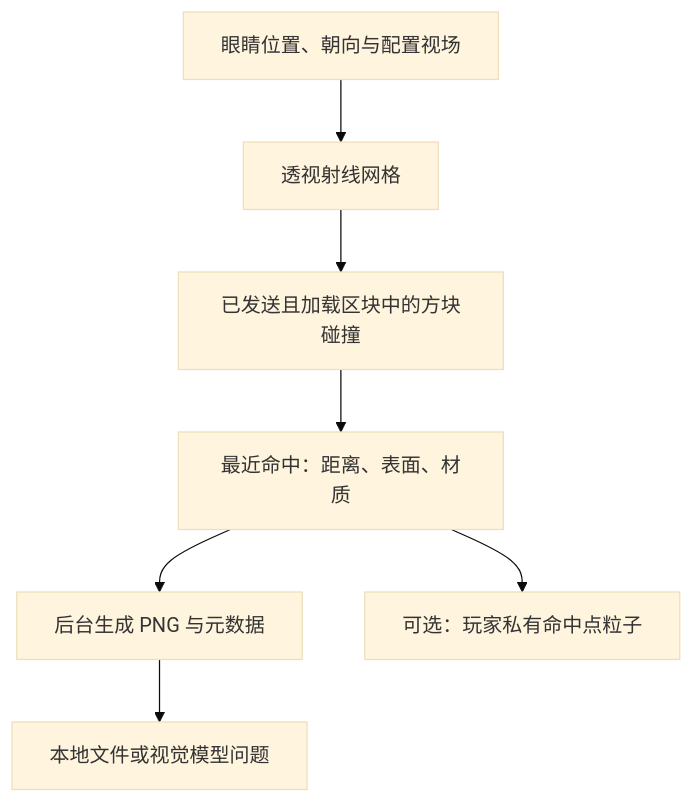
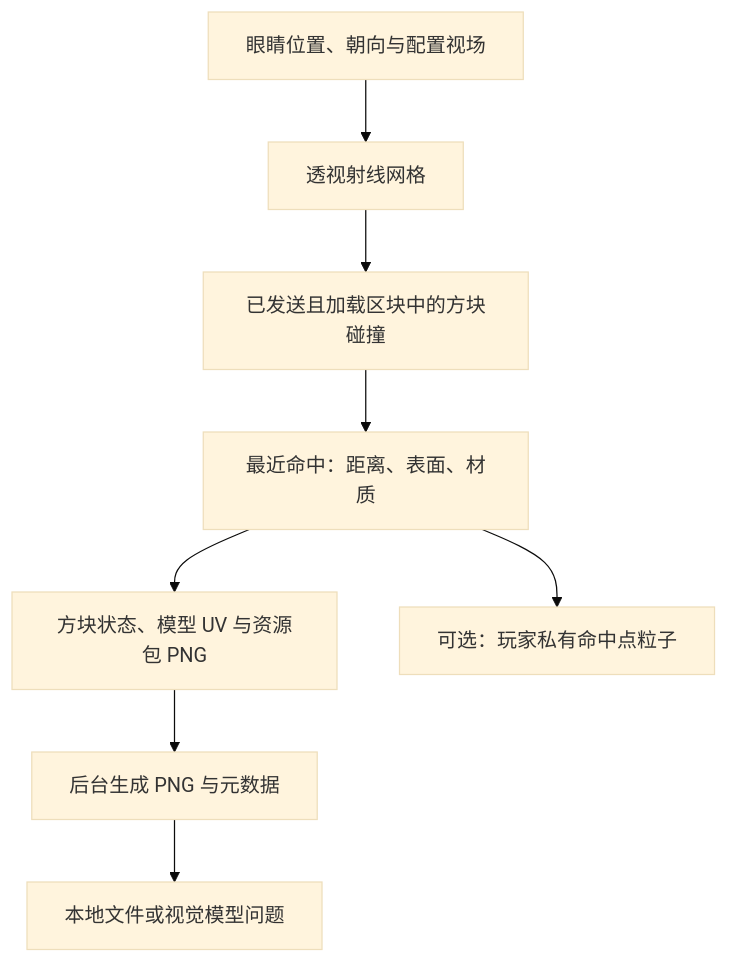
One commit to obsidianplusplus/PandaGPT changed the diagram in readme.md. Above: the diagram before and after it, drawn with Mermaid (base theme). The commit also changed other lines of this file and 17 other files, not shown here.

````diff
--- a/readme.md
+++ b/readme.md
@@ -106,9 +135,10 @@
 ```mermaid
 flowchart TD
     A["眼睛位置、朝向与配置视场"] --> B["透视射线网格"]
     B --> C["已发送且加载区块中的方块碰撞"]
     C --> D["最近命中：距离、表面、材质"]
-    D --> E["后台生成 PNG 与元数据"]
+    D --> H["方块状态、模型 UV 与资源包 PNG"]
+    H --> E["后台生成 PNG 与元数据"]
     D --> F["可选：玩家私有命中点粒子"]
     E --> G["本地文件或视觉模型问题"]
 ```
````
